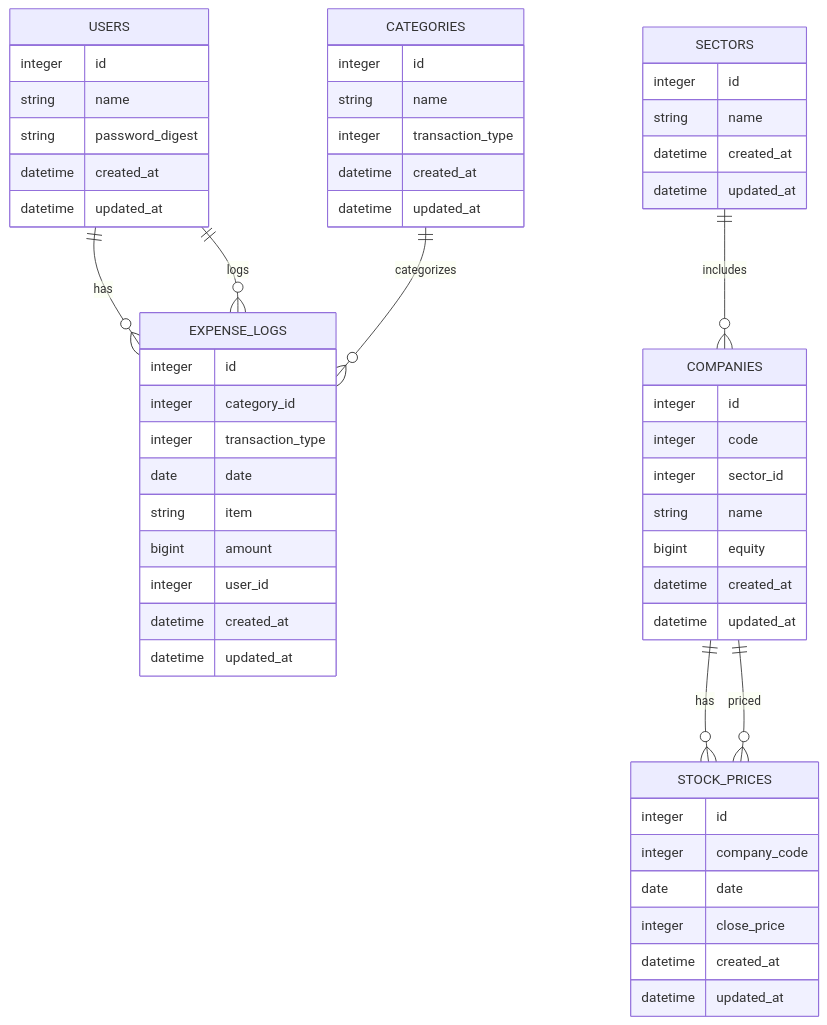
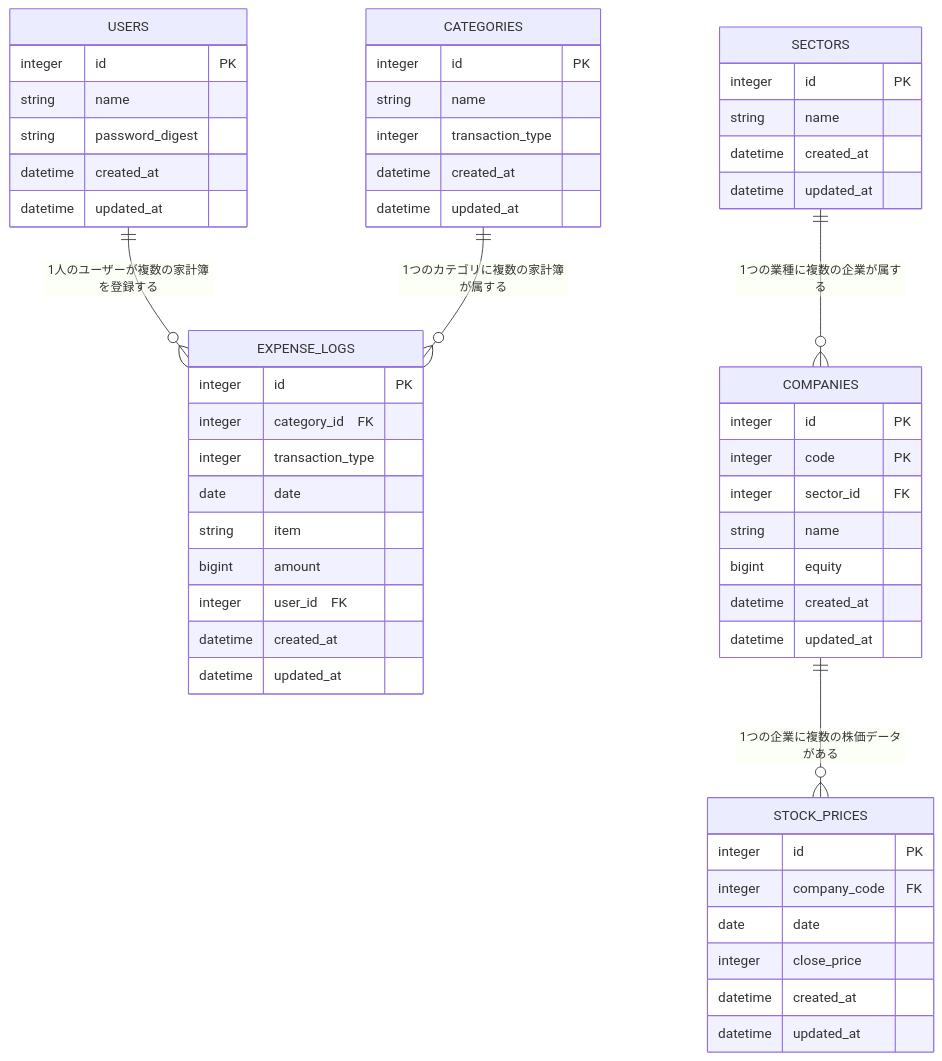
Before and after one commit to poppuko-n/MoneyManagement: the diagram in document/img/er_diagram.mmd, drawn with Mermaid. The commit also changed 2 other files, not shown here.

Commit message:
docs: mamaidでER図を作成

```diff
--- a/document/img/er_diagram.mmd
+++ b/document/img/er_diagram.mmd
@@ -1,61 +1,59 @@
 erDiagram
-  USERS ||--o{ EXPENSE_LOGS : has
-  CATEGORIES ||--o{ EXPENSE_LOGS : categorizes
-  USERS ||--o{ EXPENSE_LOGS : logs
-  SECTORS ||--o{ COMPANIES : includes
-  COMPANIES ||--o{ STOCK_PRICES : has
-  COMPANIES ||--o{ STOCK_PRICES : priced
+  USERS ||--o{ EXPENSE_LOGS : "1人のユーザーが複数の家計簿を登録する"
+  CATEGORIES ||--o{ EXPENSE_LOGS : "1つのカテゴリに複数の家計簿が属する"
+  SECTORS ||--o{ COMPANIES : "1つの業種に複数の企業が属する"
+  COMPANIES ||--o{ STOCK_PRICES : "1つの企業に複数の株価データがある"
 
   USERS {
-    integer id
+    integer id PK
     string name
     string password_digest
     datetime created_at
     datetime updated_at
   }
 
   CATEGORIES {
-    integer id
+    integer id PK
     string name
     integer transaction_type
     datetime created_at
     datetime updated_at
   }
 
   EXPENSE_LOGS {
-    integer id
-    integer category_id
+    integer id PK
+    integer category_id　FK
     integer transaction_type
     date date
     string item
     bigint amount
-    integer user_id
+    integer user_id　FK
     datetime created_at
     datetime updated_at
   }
 
   SECTORS {
-    integer id
+    integer id PK
     string name
     datetime created_at
     datetime updated_at
   }
 
   COMPANIES {
-    integer id
-    integer code
-    integer sector_id
+    integer id PK
+    integer code PK
+    integer sector_id FK
     string name
     bigint equity
     datetime created_at
     datetime updated_at
   }
 
   STOCK_PRICES {
-    integer id
-    integer company_code
+    integer id PK
+    integer company_code FK
     date date
     integer close_price
     datetime created_at
     datetime updated_at
   }
```
